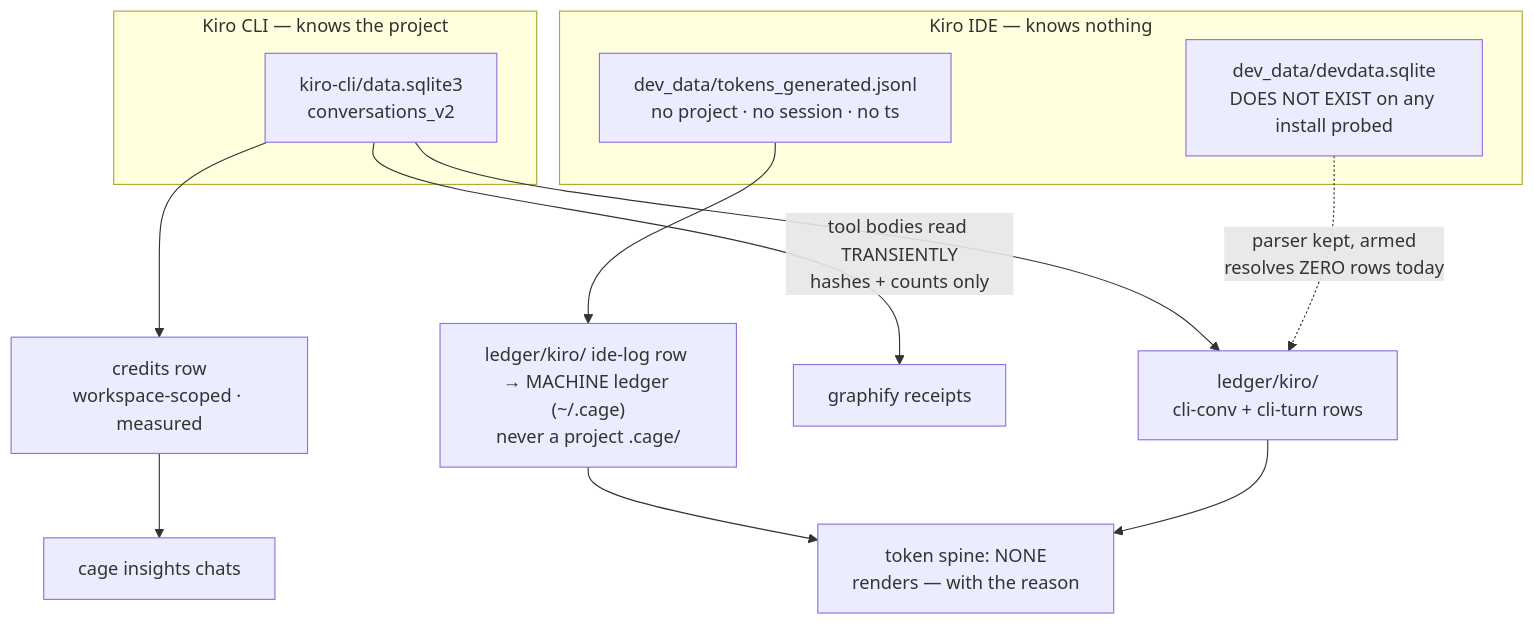
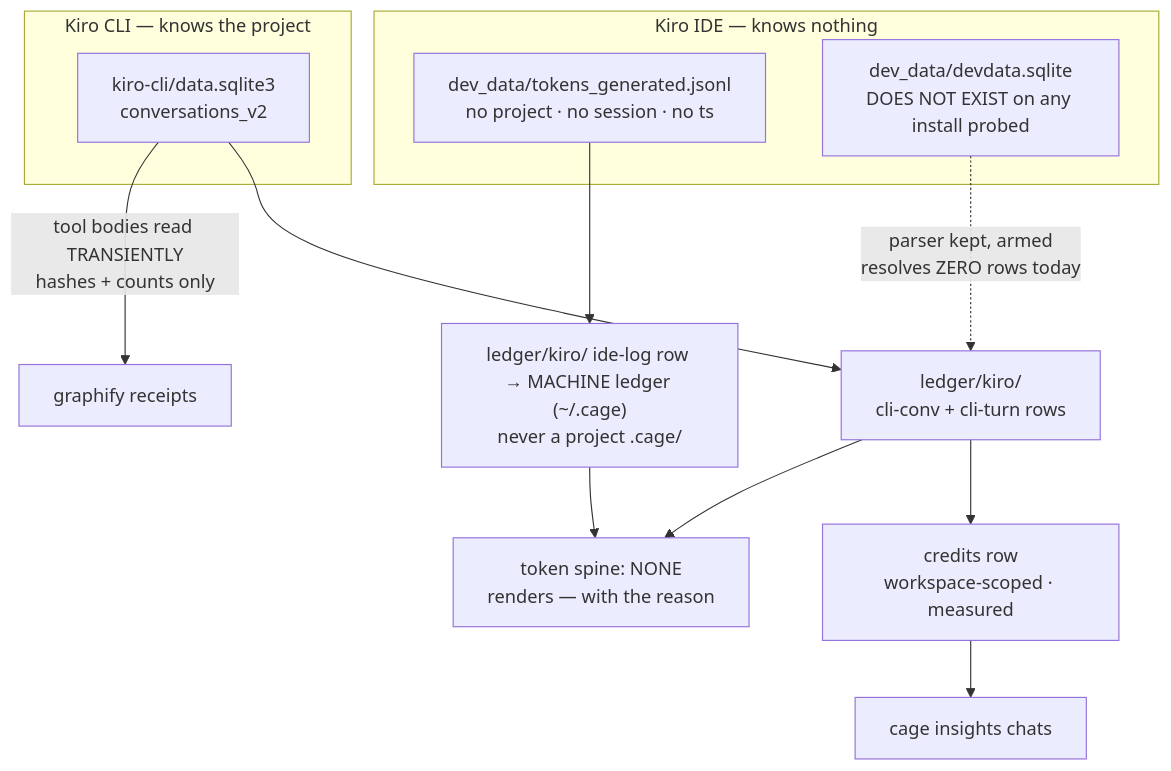
One commit to arpitarya/cage changed the diagram in docs/adr/0005_kiro.md. Above: the diagram before and after it, drawn with Mermaid. The commit also changed other lines of this file and 99 other files, not shown here.

````diff
--- a/docs/adr/0005_kiro.md
+++ b/docs/adr/0005_kiro.md
@@ -47,18 +47,18 @@
 ```mermaid
 flowchart TD
     subgraph cli["Kiro CLI — knows the project"]
         DB["kiro-cli/data.sqlite3<br/>conversations_v2"]
     end
     subgraph ide["Kiro IDE — knows nothing"]
         JL["dev_data/tokens_generated.jsonl<br/>no project · no session · no ts"]
         MISS["dev_data/devdata.sqlite<br/>DOES NOT EXIST on any install probed"]
     end
-    DB --> CR["credits row<br/>workspace-scoped · measured"]
     DB --> KM["ledger/kiro/<br/>cli-conv + cli-turn rows"]
+    KM --> CR["credits row<br/>workspace-scoped · measured"]
     DB -->|"tool bodies read TRANSIENTLY<br/>hashes + counts only"| GF["graphify receipts"]
     JL --> MC["ledger/kiro/ ide-log row → MACHINE ledger (~/.cage)<br/>never a project .cage/"]
     MISS -.->|"parser kept, armed<br/>resolves ZERO rows today"| KM
     MC --> NS
     KM --> NS["token spine: NONE<br/>renders — with the reason"]
     CR --> V["cage insights chats"]
 ```
````
